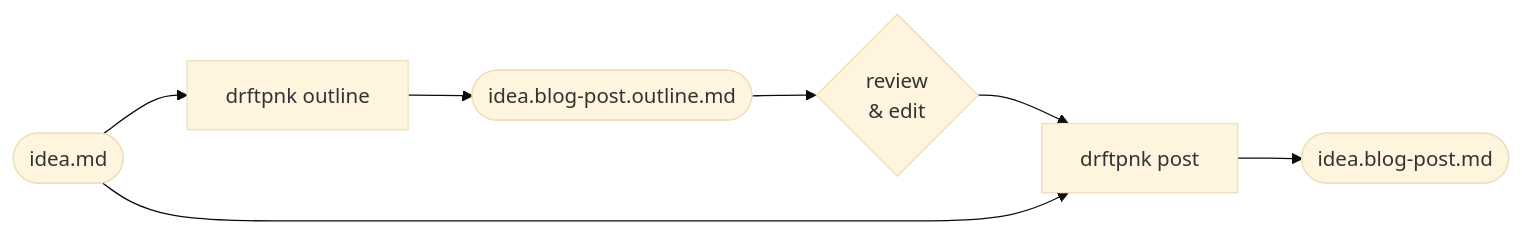
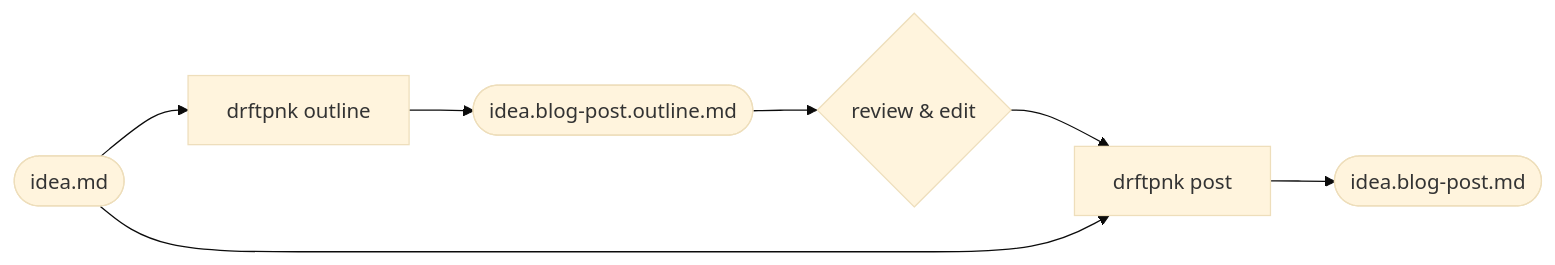
Before and after one commit to pwv-vc/drftpnk: the first of 4 diagrams in README.md, drawn with Mermaid (base theme). The commit also changed other lines of this file, not shown here.

````diff
--- a/README.md
+++ b/README.md
@@ -119,9 +119,9 @@
 ```mermaid
 flowchart LR
     A([idea.md]) --> B[drftpnk outline]
     B --> C([idea.blog-post.outline.md])
-    C --> D{review\n& edit}
+    C --> D{"review & edit"}
     D --> E[drftpnk post]
     A --> E
     E --> F([idea.blog-post.md])
 ```
````
